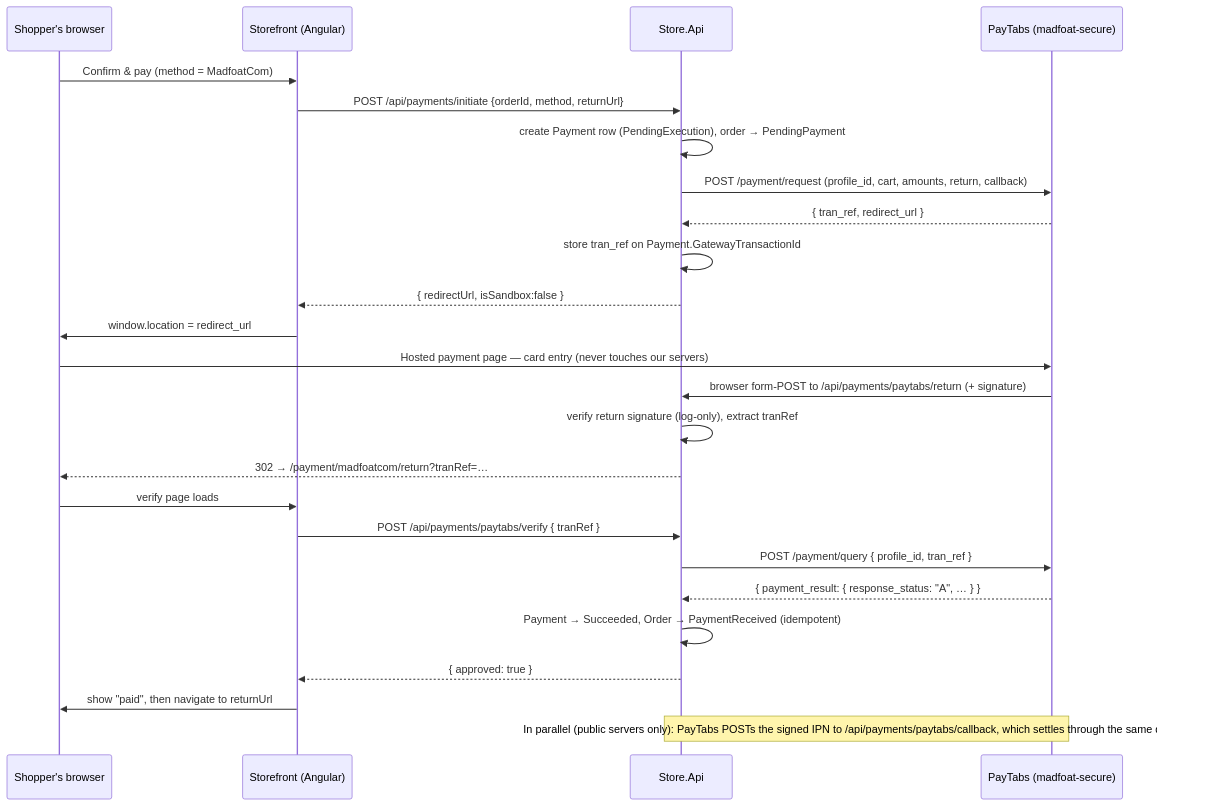
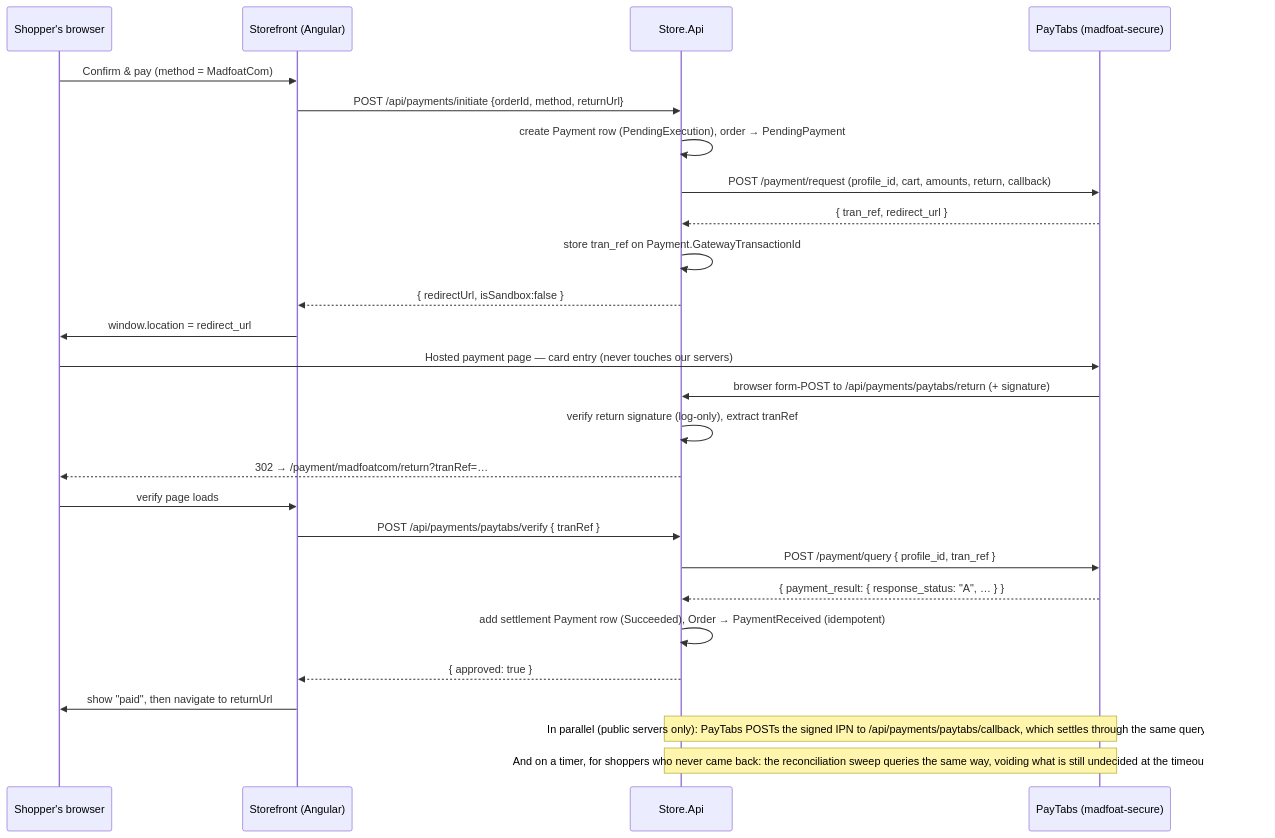
Before and after one commit to majd-sameer/MWDStore: the diagram in docs/Madfoat.com-steps.md, drawn with Mermaid. The commit also changed other lines of this file and 8 other files, not shown here.

Commit message:
add time out for payment and change status and add transaction log, and use inquary API for sure payment status

````diff
--- a/docs/Madfoat.com-steps.md
+++ b/docs/Madfoat.com-steps.md
@@ -77,29 +88,30 @@
 ```mermaid
 sequenceDiagram
     participant B as Shopper's browser
     participant SF as Storefront (Angular)
     participant API as Store.Api
     participant PT as PayTabs (madfoat-secure)
 
     B->>SF: Confirm & pay (method = MadfoatCom)
     SF->>API: POST /api/payments/initiate {orderId, method, returnUrl}
     API->>API: create Payment row (PendingExecution), order → PendingPayment
     API->>PT: POST /payment/request (profile_id, cart, amounts, return, callback)
     PT-->>API: { tran_ref, redirect_url }
     API->>API: store tran_ref on Payment.GatewayTransactionId
     API-->>SF: { redirectUrl, isSandbox:false }
     SF->>B: window.location = redirect_url
     B->>PT: Hosted payment page — card entry (never touches our servers)
     PT->>API: browser form-POST to /api/payments/paytabs/return (+ signature)
     API->>API: verify return signature (log-only), extract tranRef
     API-->>B: 302 → /payment/madfoatcom/return?tranRef=…
     B->>SF: verify page loads
     SF->>API: POST /api/payments/paytabs/verify { tranRef }
     API->>PT: POST /payment/query { profile_id, tran_ref }
     PT-->>API: { payment_result: { response_status: "A", … } }
-    API->>API: Payment → Succeeded, Order → PaymentReceived (idempotent)
+    API->>API: add settlement Payment row (Succeeded), Order → PaymentReceived (idempotent)
     API-->>SF: { approved: true }
     SF->>B: show "paid", then navigate to returnUrl
 
     Note over PT,API: In parallel (public servers only): PayTabs POSTs the signed IPN to /api/payments/paytabs/callback, which settles through the same query path.
+    Note over API,PT: And on a timer, for shoppers who never came back: the reconciliation sweep queries the same way, voiding what is still undecided at the timeout (§4, step 7).
 ```
````
